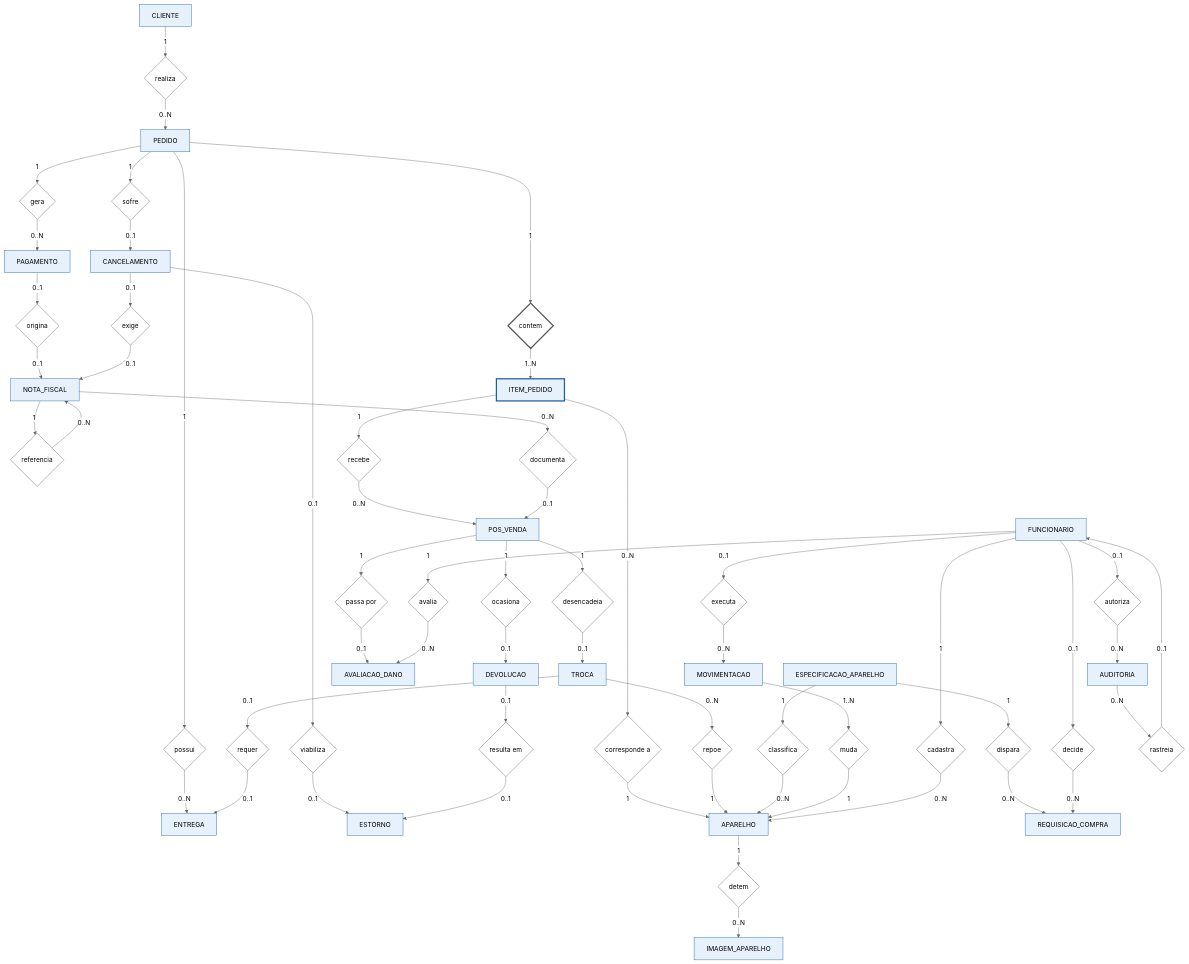
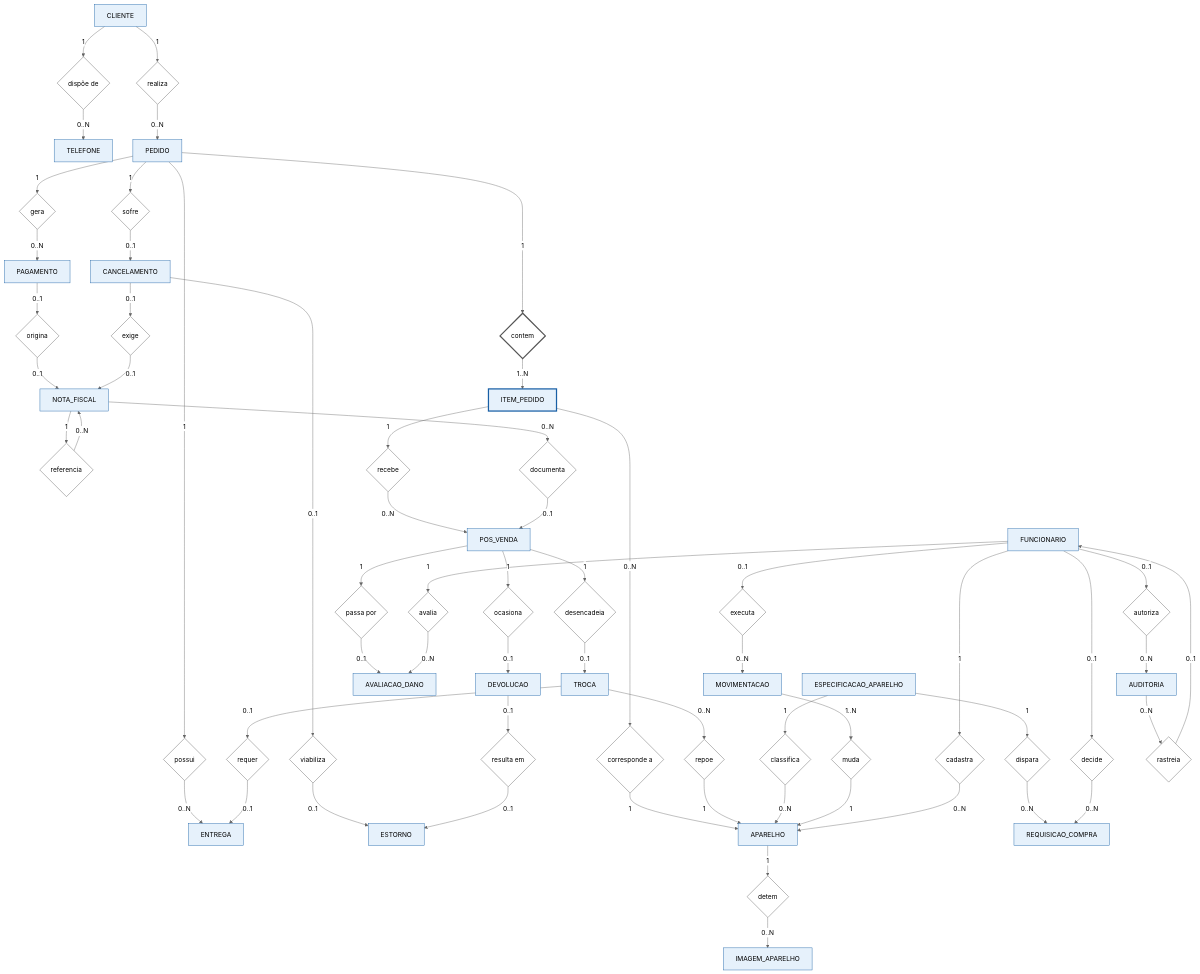
One commit to RyanHenrique20/CellGO changed the third of 3 diagrams in README.md. Above: the diagram before and after it, drawn with Mermaid (neutral theme). The commit also changed other lines of this file, not shown here.

Commit message:
docs: Atualiza e acrescenta entidade telefone

````diff
--- a/README.md
+++ b/README.md
@@ -1439,6 +1451,7 @@
     classDef relid fill:#ffffff,stroke:#555555,stroke-width:3px;
  
     CLIENTE[CLIENTE]
+    TELEFONE[TELEFONE]
     PEDIDO[PEDIDO]
     ENTREGA[ENTREGA]
     PAGAMENTO[PAGAMENTO]
@@ -1458,10 +1471,13 @@
     FUNCIONARIO[FUNCIONARIO]
     AUDITORIA[AUDITORIA]
  
-    class CLIENTE,PEDIDO,ENTREGA,PAGAMENTO,NOTA_FISCAL,CANCELAMENTO,ESTORNO,POS_VENDA,DEVOLUCAO,TROCA,AVALIACAO_DANO,APARELHO,IMAGEM_APARELHO,ESPECIFICACAO_APARELHO,REQUISICAO_COMPRA,MOVIMENTACAO,FUNCIONARIO,AUDITORIA entity
+    class CLIENTE,TELEFONE,PEDIDO,ENTREGA,PAGAMENTO,NOTA_FISCAL,CANCELAMENTO,ESTORNO,POS_VENDA,DEVOLUCAO,TROCA,AVALIACAO_DANO,APARELHO,IMAGEM_APARELHO,ESPECIFICACAO_APARELHO,REQUISICAO_COMPRA,MOVIMENTACAO,FUNCIONARIO,AUDITORIA entity
  
     CLIENTE -->|1| R1{"realiza"}
     R1 -->|0..N| PEDIDO
+ 
+    CLIENTE -->|1| R29{"dispõe de"}
+    R29 -->|0..N| TELEFONE
  
     PEDIDO -->|1| R2{"gera"}
     R2 -->|0..N| PAGAMENTO
@@ -1545,5 +1561,5 @@
     FUNCIONARIO -->|0..1| R28{"executa"}
     R28 -->|0..N| MOVIMENTACAO
  
-    class R1,R2,R3,R4,R5,R6,R7,R8,R10,R11,R12,R13,R14,R15,R16,R17,R18,R19,R20,R21,R22,R23,R24,R25,R26,R27,R28 rel
+    class R1,R2,R3,R4,R5,R6,R7,R8,R10,R11,R12,R13,R14,R15,R16,R17,R18,R19,R20,R21,R22,R23,R24,R25,R26,R27,R28,R29 rel
 ```
````
